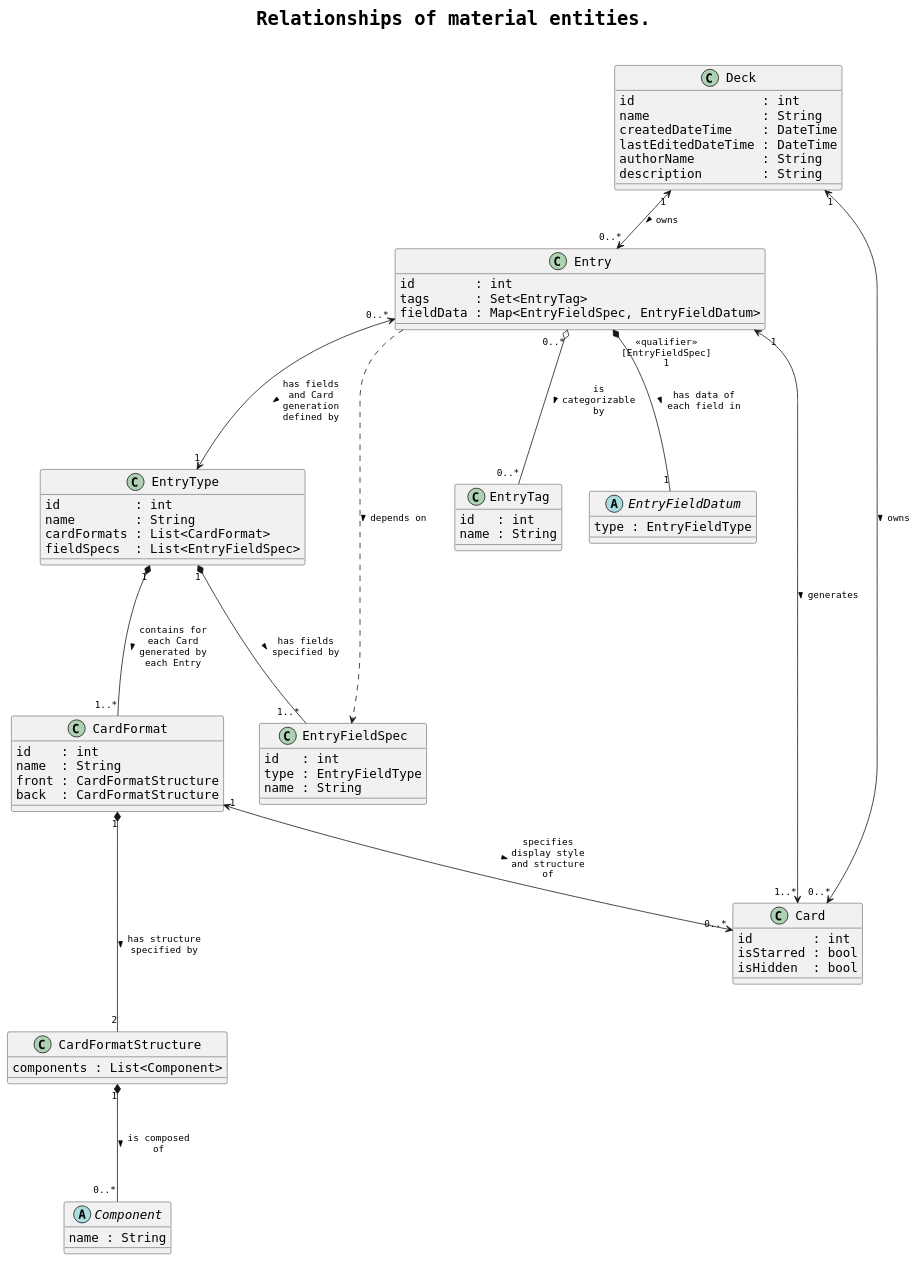
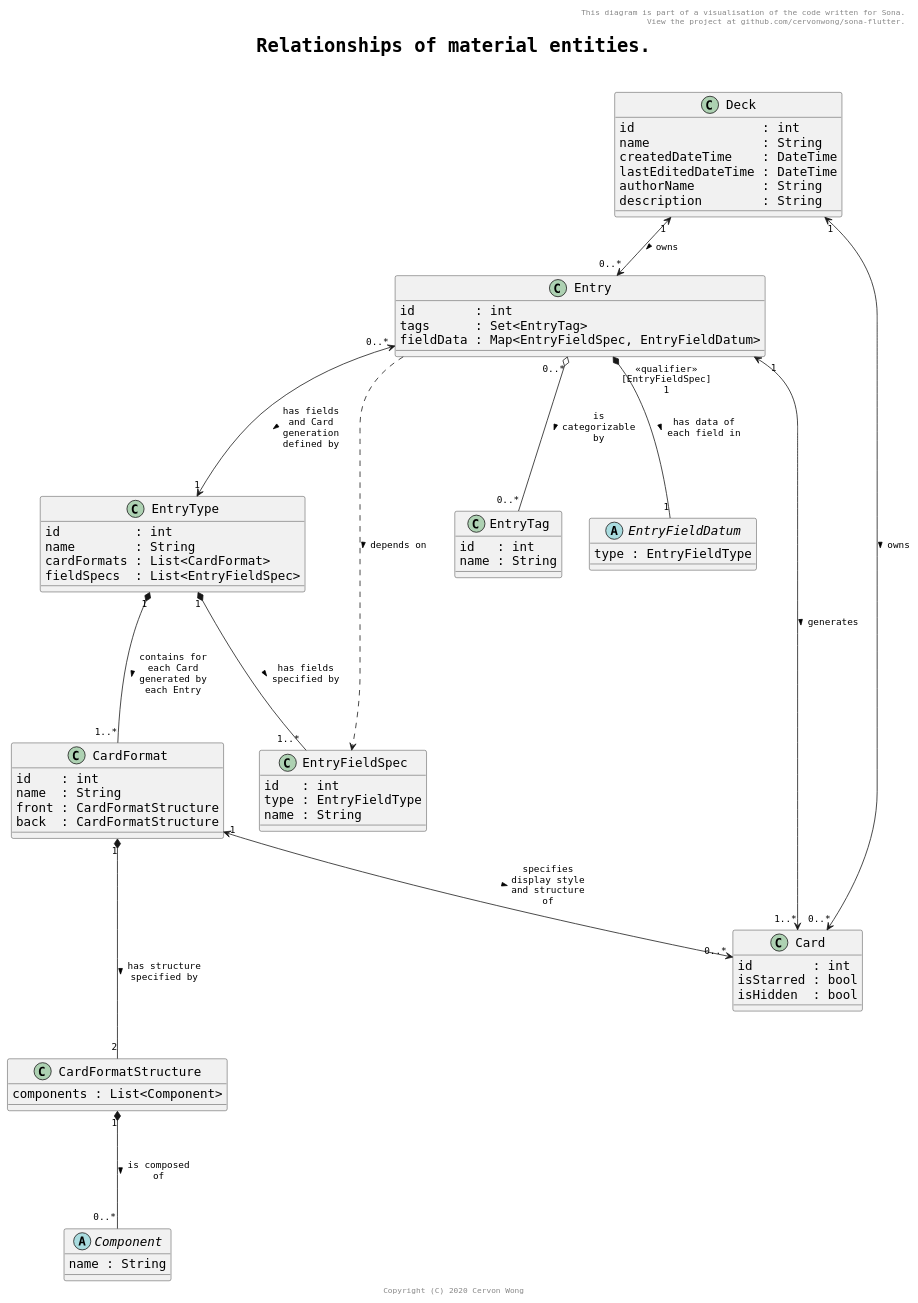
The diagram in puml/material_entities.puml (cervonwong/sona-flutter), drawn with PlantUML before and after one commit.

Commit message:
Docs(puml): Add header and footer

```diff
--- a/puml/material_entities.puml
+++ b/puml/material_entities.puml
@@ -1,77 +1,79 @@
 @startuml
 
 skinparam maxMessageSize 100
 skinparam shadowing false
 skinparam defaultFontName monospaced
 skinparam defaultFontSize 16
 skinparam arrowFontSize 12
 skinparam titleFontSize 24
 skinparam titleFontStyle bold
 
+header This diagram is part of a visualisation of the code written for Sona.\n View the project at github.com/cervonwong/sona-flutter.
 title Relationships of material entities.\n
+footer Copyright (C) 2020 Cervon Wong
 
 class Card {
 	id        : int
 	isStarred : bool
 	isHidden  : bool
 }
 class Entry {
 	id        : int
 	tags      : Set<EntryTag>
 	fieldData : Map<EntryFieldSpec, EntryFieldDatum>
 }
 class Deck {
 	id                 : int
 	name               : String
 	createdDateTime    : DateTime
 	lastEditedDateTime : DateTime
 	authorName         : String
 	description        : String
 }
 
 Deck "1" <--> "0..*" Entry : owns >
 Entry "1" <--> "1..*" Card : generates >
 Deck "1" <--> "0..*" Card : owns >
 
 class EntryTag {
 	id   : int
 	name : String
 }
 abstract class EntryFieldDatum {
 	type : EntryFieldType
 }
 class EntryType {
 	id          : int
 	name        : String
 	cardFormats : List<CardFormat>
 	fieldSpecs  : List<EntryFieldSpec>
 }
 class EntryFieldSpec {
 	id   : int
 	type : EntryFieldType
 	name : String
 }
 class CardFormat {
 	id    : int
 	name  : String
 	front : CardFormatStructure
 	back  : CardFormatStructure
 }
 class CardFormatStructure {
 	components : List<Component>
 }
 abstract class Component {
 	name : String
 }
 
 Entry "0..*" o--- "0..*" EntryTag : is categorizable by >
 Entry "<<qualifier>>\n[EntryFieldSpec]\n1" *--- "1" EntryFieldDatum : has data of each field in >
 Entry ..> EntryFieldSpec : depends on >
 Entry "0..*" <---> "1" EntryType : has fields and Card generation defined by >
 EntryType "1" *--- "1..*" CardFormat : contains for each Card generated by each Entry >
 CardFormat "1" <--> "0..*" Card : specifies display style and structure of >
 EntryType "1" *--- "1..*" EntryFieldSpec : has fields specified by >
 CardFormat "1" *--- "2" CardFormatStructure : has structure specified by >
 CardFormatStructure "1" *--- "0..*" Component : is composed of >
 
 @enduml
```
